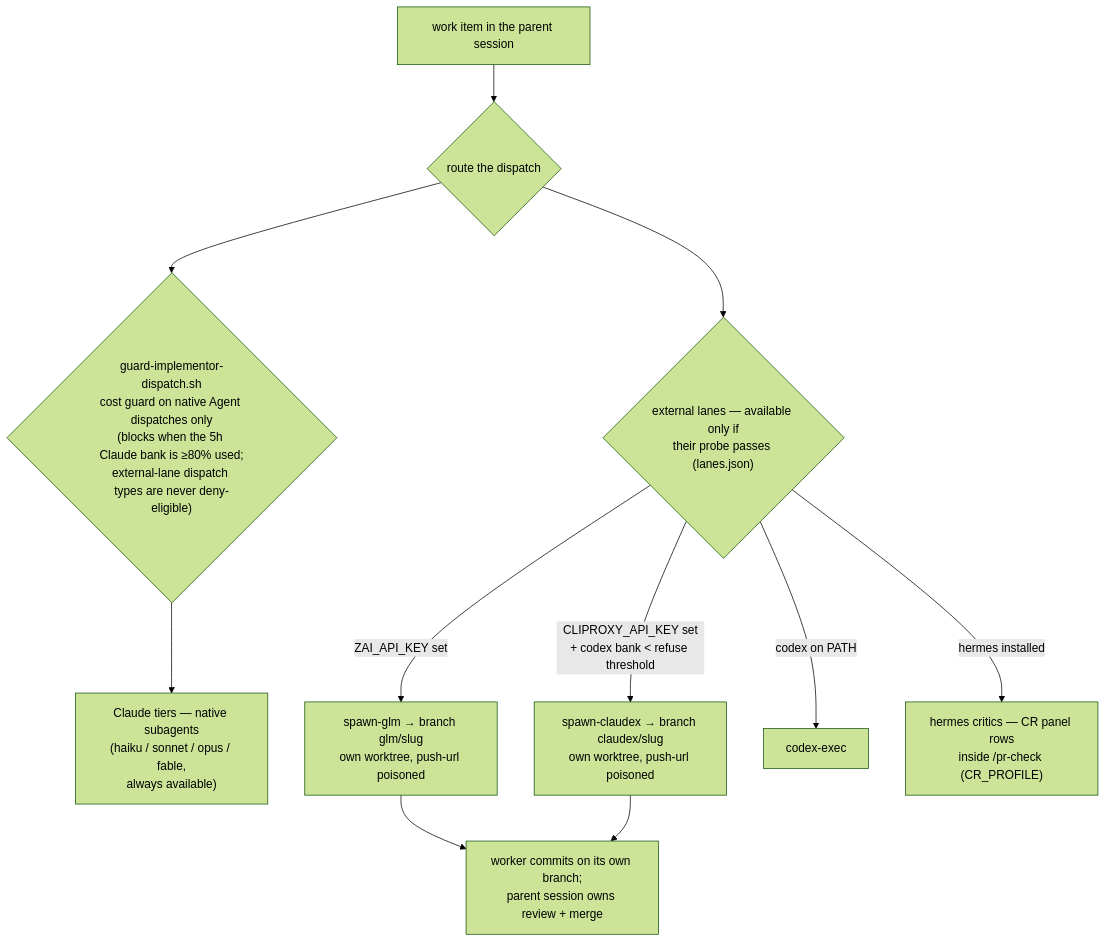
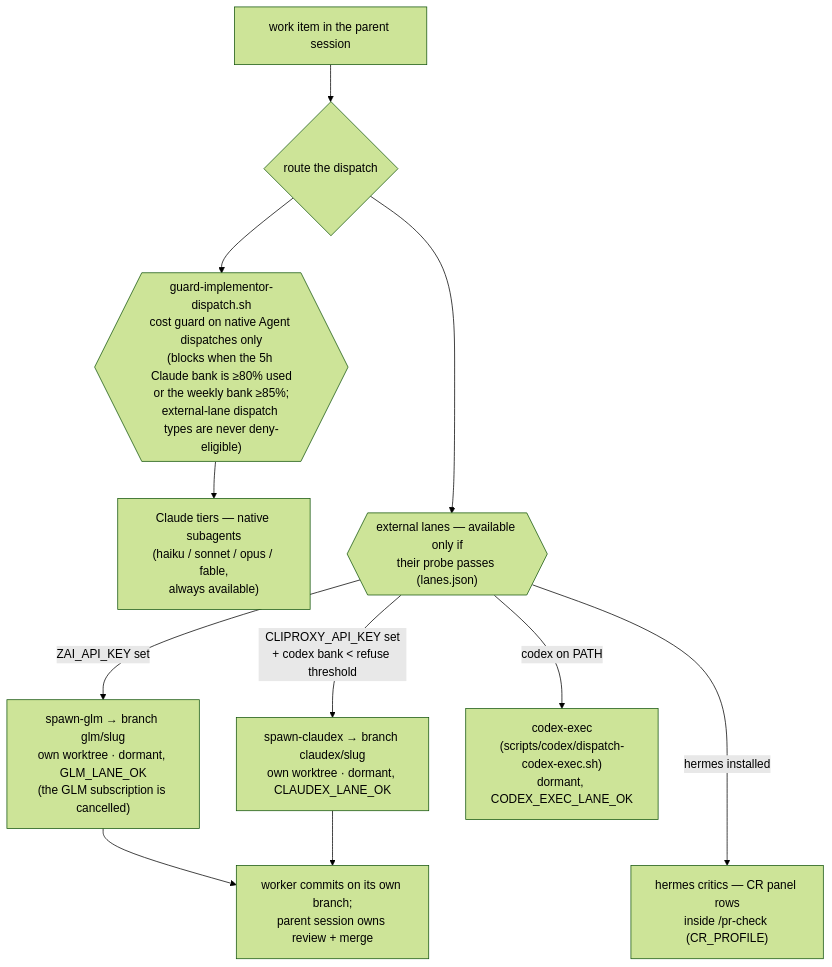
One commit to Goomal/Himmel changed the fourth of 4 diagrams in docs/configuration.md. Above: the diagram before and after it, drawn with Mermaid (forest theme). The commit also changed other lines of this file and 9 other files, not shown here.

First line of the commit message:
feat(docs-site): [HIMMEL-7480] the docs site draws its diagrams with pele, themed to the site (#3832)

````diff
--- a/docs/configuration.md
+++ b/docs/configuration.md
@@ -273,13 +275,15 @@
 ```mermaid
 flowchart TD
     WORK["work item in the parent session"] --> ROUTE{"route the dispatch"}
-    ROUTE --> GUARD{"guard-implementor-dispatch.sh<br/>cost guard on native Agent dispatches only<br/>(blocks when the 5h Claude bank is ≥80% used;<br/>external-lane dispatch types are never deny-eligible)"}
+    ROUTE --> GUARD{{"guard-implementor-dispatch.sh<br/>cost guard on native Agent dispatches only<br/>(blocks when the 5h Claude bank is ≥80% used<br/>or the weekly bank ≥85%;<br/>external-lane dispatch types are never deny-eligible)"}}
     GUARD --> TIER["Claude tiers — native subagents<br/>(haiku / sonnet / opus / fable,<br/>always available)"]
-    ROUTE --> EXT{"external lanes — available only if<br/>their probe passes (lanes.json)"}
-    EXT -->|"ZAI_API_KEY set"| GLM["spawn-glm → branch glm/slug<br/>own worktree, push-url poisoned"]
-    EXT -->|"CLIPROXY_API_KEY set<br/>+ codex bank < refuse threshold"| CLX["spawn-claudex → branch claudex/slug<br/>own worktree, push-url poisoned"]
-    EXT -->|"codex on PATH"| CDX["codex-exec"]
+    ROUTE --> EXT{{"external lanes — available only if<br/>their probe passes (lanes.json)"}}
+    EXT -->|"ZAI_API_KEY set"| GLM["spawn-glm → branch glm/slug<br/>own worktree · dormant, GLM_LANE_OK<br/>(the GLM subscription is cancelled)"]
+    EXT -->|"CLIPROXY_API_KEY set<br/>+ codex bank < refuse threshold"| CLX["spawn-claudex → branch claudex/slug<br/>own worktree · dormant, CLAUDEX_LANE_OK"]
+    EXT -->|"codex on PATH"| CDX["codex-exec<br/>(scripts/codex/dispatch-codex-exec.sh)<br/>dormant, CODEX_EXEC_LANE_OK"]
     EXT -->|"hermes installed"| HRM["hermes critics — CR panel rows<br/>inside /pr-check (CR_PROFILE)"]
+    CDX ~~~ HRM
+    GUARD ~~~ EXT
     GLM --> BACK["worker commits on its own branch;<br/>parent session owns review + merge"]
     CLX --> BACK
 ```
````
